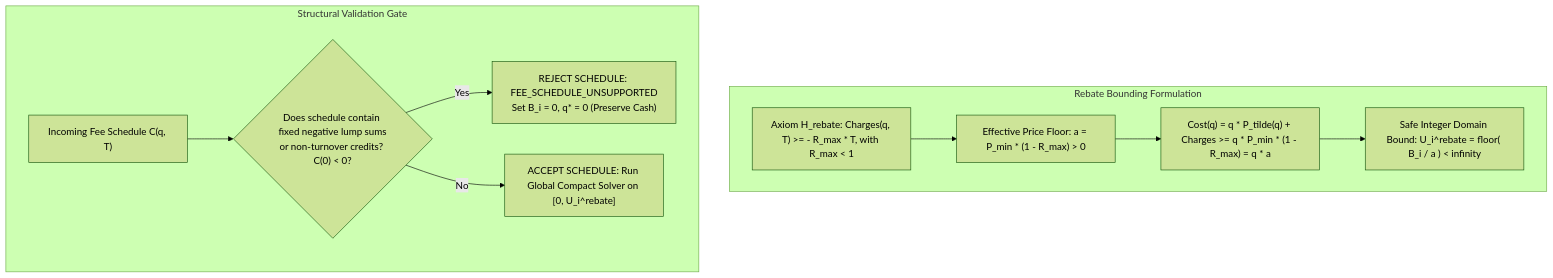
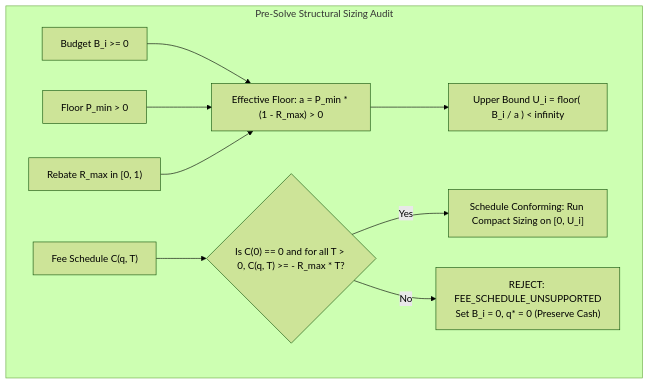
The second of 9 diagrams in README.md (2k25it2514261-cloud/alphaniti), drawn with Mermaid (forest theme) before and after one commit. The commit also changed other lines of this file, not shown here.

Commit message:
docs: release AlphaNiti v20.0 grand unification specification closing all P0 and P1 audit criteria

````diff
--- a/README.md
+++ b/README.md
@@ -81,14 +88,11 @@
 ```mermaid
 graph TD
-    subgraph Rebate Bounding Formulation
-        H["Axiom H_rebate: Charges(q, T) >= - R_max * T, with R_max < 1"] --> Eff["Effective Price Floor: a = P_min * (1 - R_max) > 0"]
-        Eff --> CostBound["Cost(q) = q * P_tilde(q) + Charges >= q * P_min * (1 - R_max) = q * a"]
-        CostBound --> UBound["Safe Integer Domain Bound: U_i^rebate = floor( B_i / a ) < infinity"]
-    end
-
-    subgraph Structural Validation Gate
-        Sched["Incoming Fee Schedule C(q, T)"] --> Val{"Does schedule contain fixed negative lump sums<br>or non-turnover credits? C(0) < 0?"}
-        Val -- Yes --> REJECT["REJECT SCHEDULE: FEE_SCHEDULE_UNSUPPORTED<br>Set B_i = 0, q* = 0 (Preserve Cash)"]
-        Val -- No --> ACCEPT["ACCEPT SCHEDULE: Run Global Compact Solver on [0, U_i^rebate]"]
+    subgraph Pre-Solve Structural Sizing Audit
+        B["Budget B_i >= 0"] & P["Floor P_min > 0"] & R["Rebate R_max in [0, 1)"] --> Floor["Effective Floor: a = P_min * (1 - R_max) > 0"]
+        Floor --> Bound["Upper Bound U_i = floor( B_i / a ) < infinity"]
+        
+        Sched["Fee Schedule C(q, T)"] --> Audit{"Is C(0) == 0 and for all T > 0, C(q, T) >= - R_max * T?"}
+        Audit -- Yes --> PASS["Schedule Conforming: Run Compact Sizing on [0, U_i]"]
+        Audit -- No --> FAIL["REJECT: FEE_SCHEDULE_UNSUPPORTED<br>Set B_i = 0, q* = 0 (Preserve Cash)"]
     end
 ```
````
